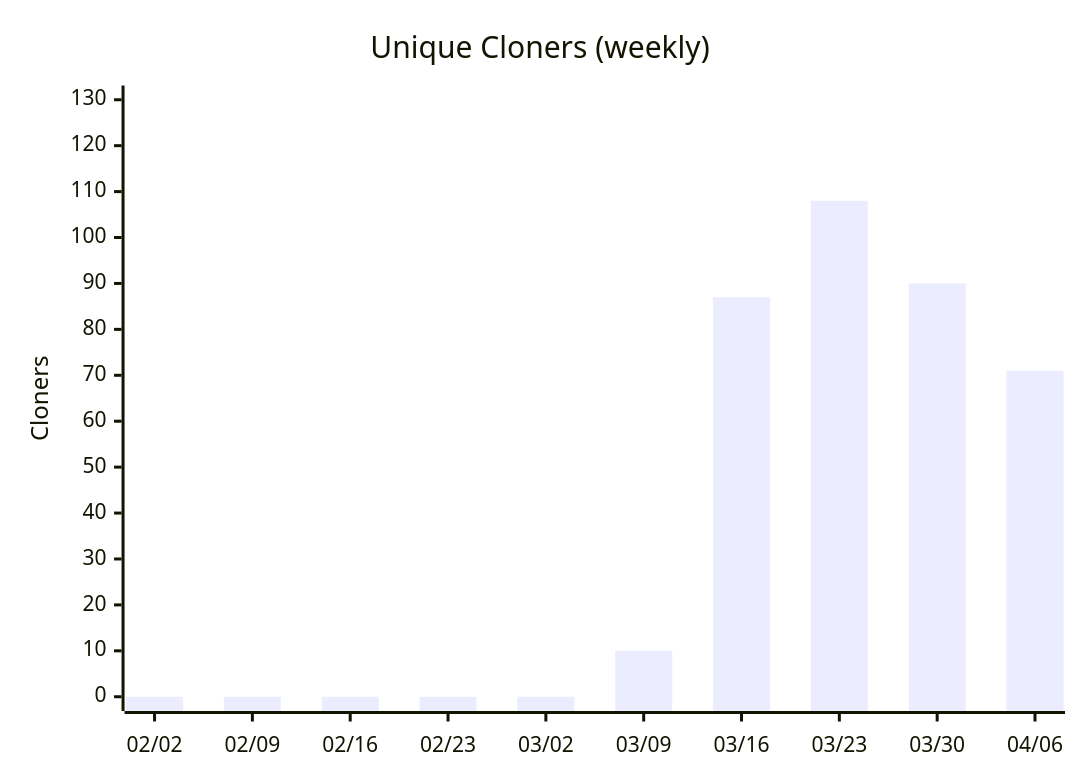
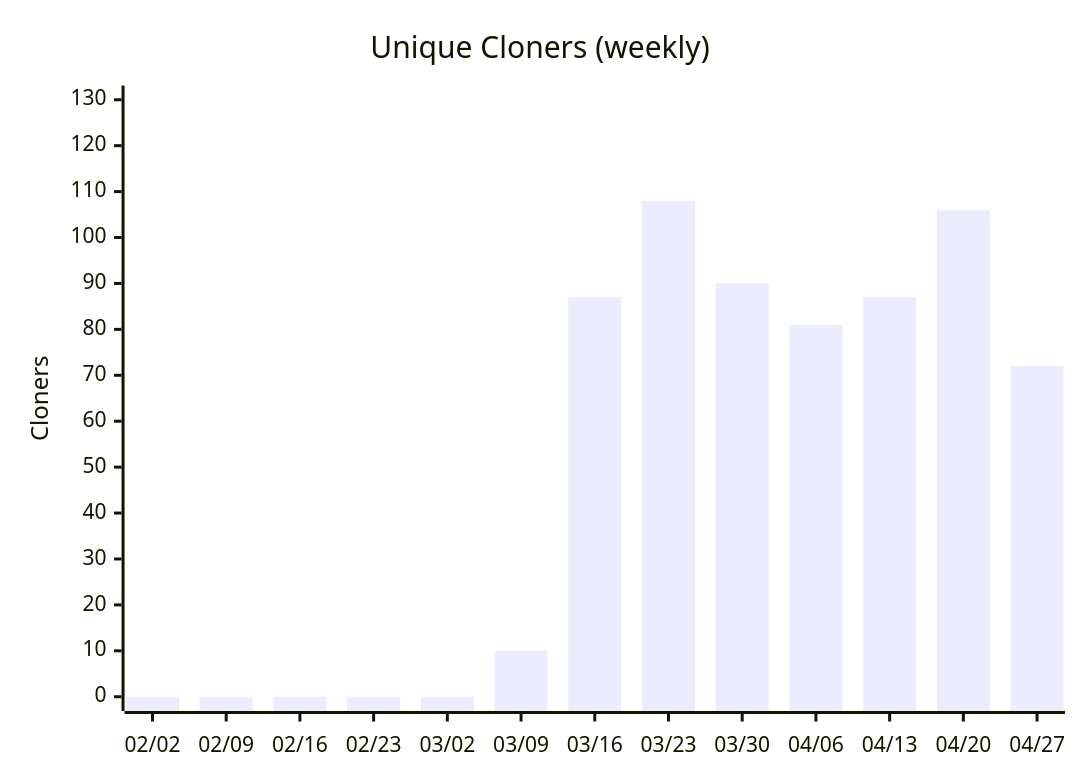
One commit to nablarch/nabledge-dev changed diagram 14 of 14 in docs/metrics.md. Above: the diagram before and after it, drawn with Mermaid. The commit also changed other lines of this file and 2 other files, not shown here.

````diff
--- a/docs/metrics.md
+++ b/docs/metrics.md
@@ -171,7 +177,7 @@
 ```mermaid
 xychart-beta
   title "Unique Cloners (weekly)"
-  x-axis ["02/02", "02/09", "02/16", "02/23", "03/02", "03/09", "03/16", "03/23", "03/30", "04/06"]
+  x-axis ["02/02", "02/09", "02/16", "02/23", "03/02", "03/09", "03/16", "03/23", "03/30", "04/06", "04/13", "04/20", "04/27"]
   y-axis "Cloners" 0 --> 130
-  bar [0, 0, 0, 0, 0, 10, 87, 108, 90, 71]
+  bar [0, 0, 0, 0, 0, 10, 87, 108, 90, 81, 87, 106, 72]
 ```
````
